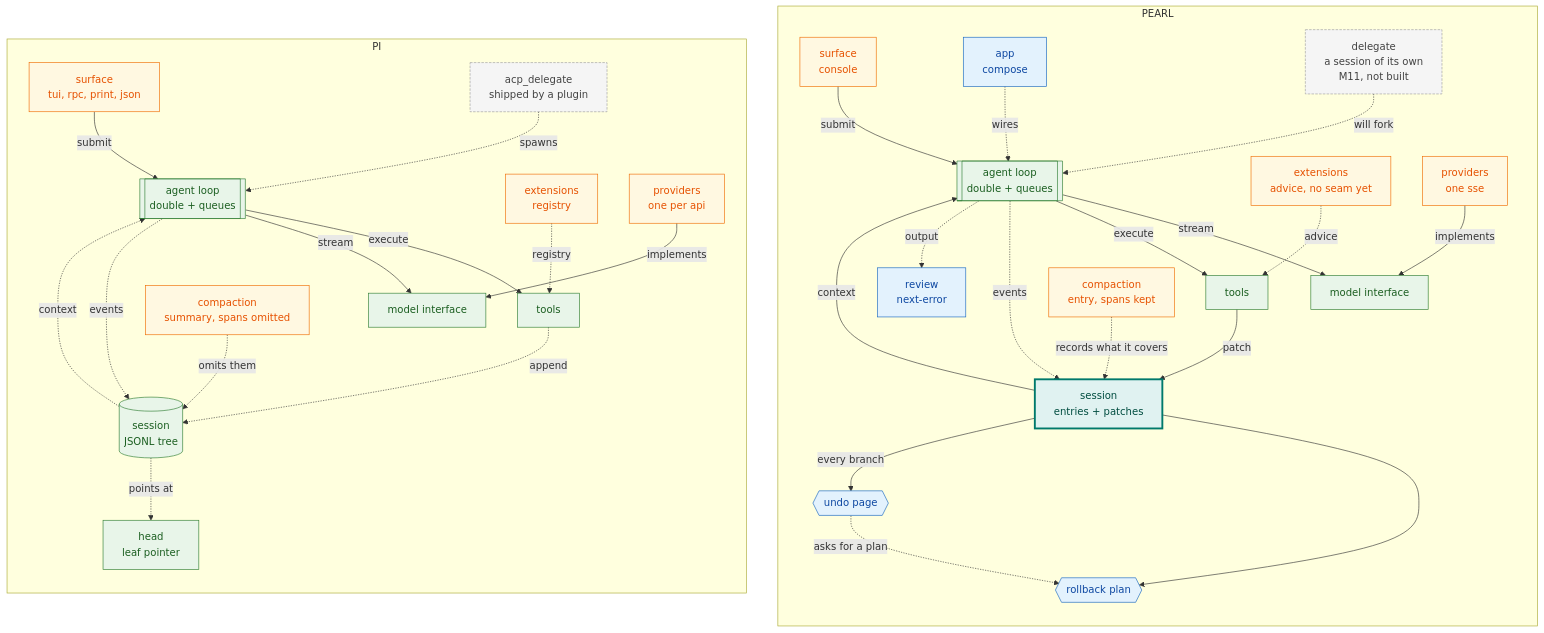
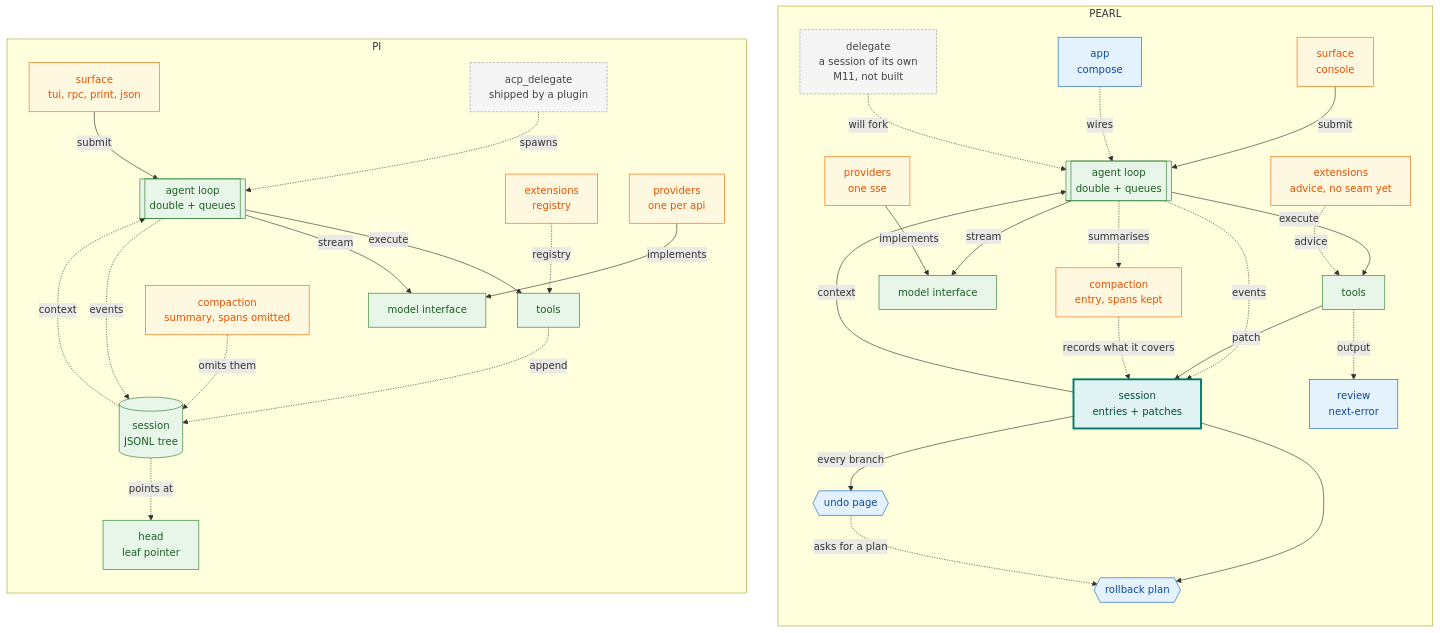
The diagram in README.md (OverbearingPearl/pearl), drawn with Mermaid before and after one commit. The commit also changed other lines of this file and 2 other files, not shown here.

First line of the commit message:
Give the compaction and the review the neighbours they belong with

````diff
--- a/README.md
+++ b/README.md
@@ -146,61 +148,62 @@
 ```mermaid
 flowchart TB
   subgraph R["PEARL"]
     direction TB
     r_surf["surface<br/>console"]
     r_app["app<br/>compose"]
     r_loop[["agent loop<br/>double + queues"]]
     r_model["model interface"]
     r_tools["tools"]
     r_ext["extensions<br/>advice, no seam yet"]
     r_prov["providers<br/>one sse"]
     r_sess["session<br/>entries + patches"]
     r_plan{{"rollback plan"}}
     r_time{{"undo page"}}
     r_review["review<br/>next-error"]
     r_compact["compaction<br/>entry, spans kept"]
     r_delegate["delegate<br/>a session of its own<br/>M11, not built"]
     r_surf -->|submit| r_loop
     r_app -.->|wires| r_loop
+    r_loop -.->|summarises| r_compact
     r_loop -->|stream| r_model
     r_loop -->|execute| r_tools
     r_loop -.->|events| r_sess
     r_tools -->|patch| r_sess
     r_sess -->|context| r_loop
     r_sess --> r_plan
     r_sess -->|every branch| r_time
     r_time -.->|asks for a plan| r_plan
-    r_loop -.->|output| r_review
+    r_tools -.->|output| r_review
     r_compact -.->|records what it covers| r_sess
     r_delegate -.->|will fork| r_loop
     r_ext -.->|advice| r_tools
     r_prov -->|implements| r_model
   end
   subgraph L["PI"]
     direction TB
     l_surf["surface<br/>tui, rpc, print, json"] -->|submit| l_loop[["agent loop<br/>double + queues"]]
     l_loop -->|execute| l_tools["tools"]
     l_loop -->|stream| l_model["model interface"]
     l_loop -.->|events| l_sess[("session<br/>JSONL tree")]
     l_tools -.->|append| l_sess
     l_sess -.->|context| l_loop
     l_sess -.->|points at| l_leaf["head<br/>leaf pointer"]
     l_compact["compaction<br/>summary, spans omitted"] -.->|omits them| l_sess
     l_delegate["acp_delegate<br/>shipped by a plugin"] -.->|spawns| l_loop
     l_ext["extensions<br/>registry"] -.->|registry| l_tools
     l_prov["providers<br/>one per api"] -->|implements| l_model
   end
   classDef keep fill:#e8f5e9,stroke:#2e7d32,color:#1b5e20
   classDef moved fill:#e0f2f1,stroke:#00796b,color:#004d40,stroke-width:3px
   classDef added fill:#e3f2fd,stroke:#1565c0,color:#0d47a1
   classDef changed fill:#fff8e1,stroke:#ef6c00,color:#e65100
   classDef planned fill:#f5f5f5,stroke:#9e9e9e,color:#424242,stroke-dasharray:4 2
   class l_loop,l_model,l_tools,l_sess,l_leaf,r_loop,r_model,r_tools keep
   class l_surf,l_ext,l_prov changed
   class r_surf,r_ext,r_prov changed
   class l_compact,r_compact changed
   class r_app added
   class r_sess moved
   class r_plan,r_time,r_review added
   class l_delegate,r_delegate planned
 ```
````
